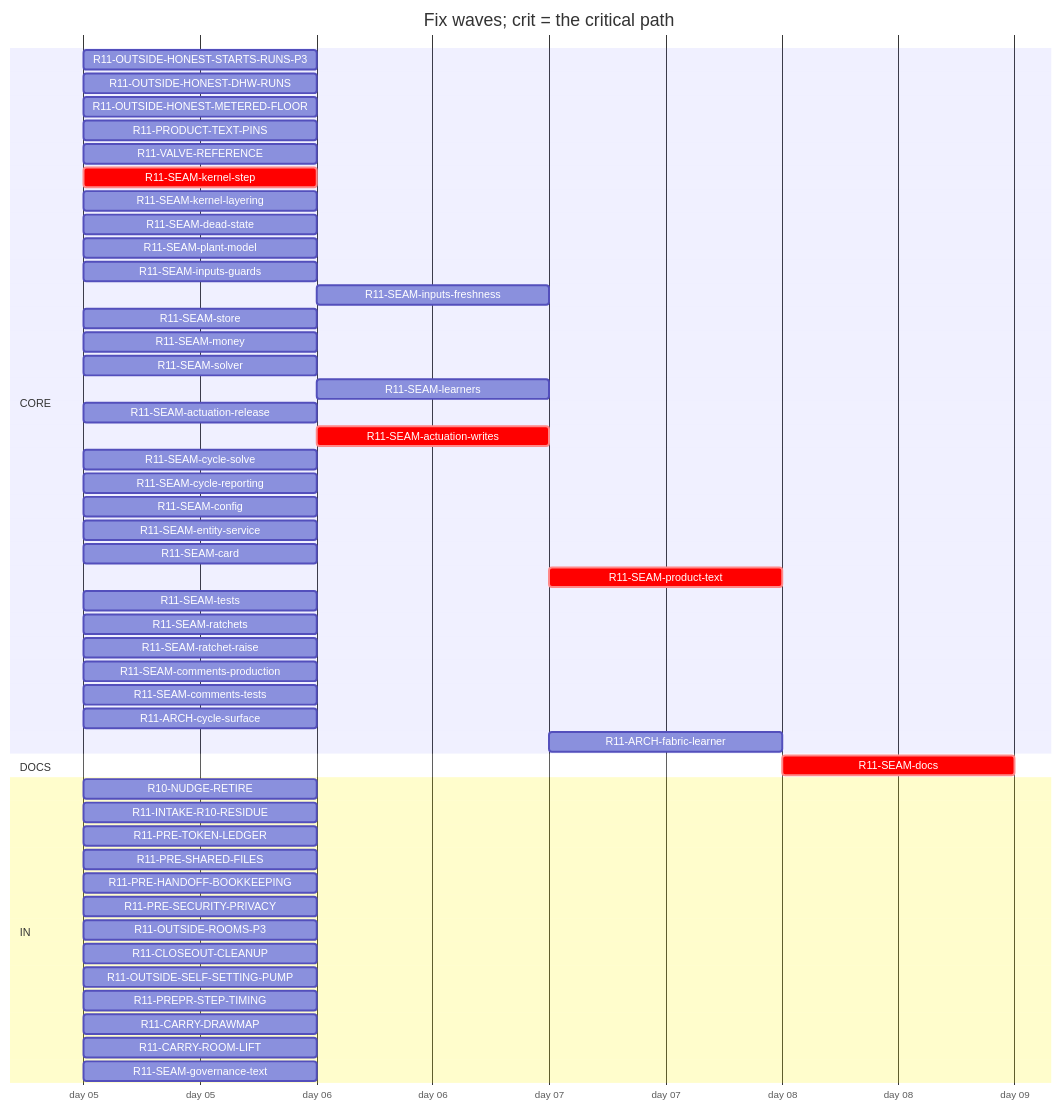
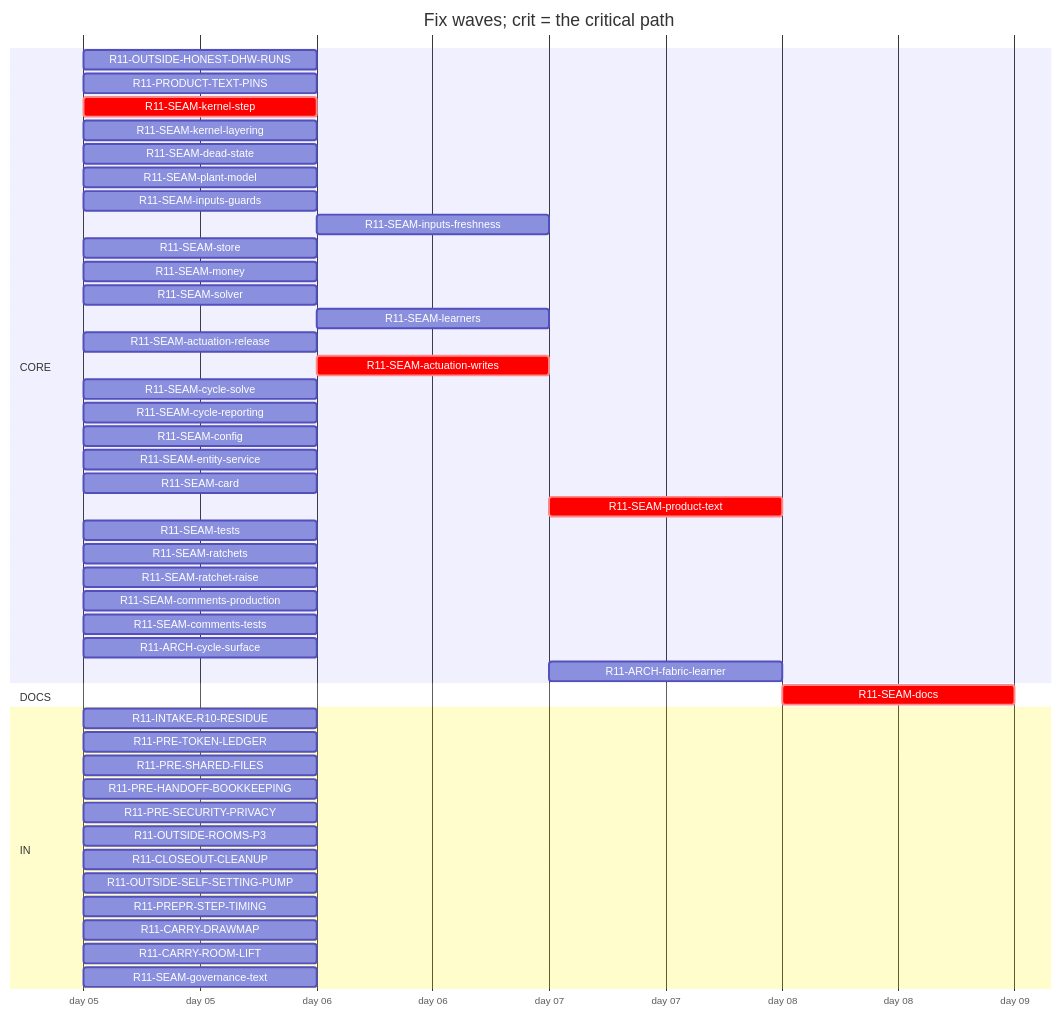
The diagram in handoff/round11/state/PLAN-TABLE.md (tvofi/heatpump_optimizer), drawn with Mermaid before and after one commit. The commit also changed other lines of this file and 4 other files, not shown here.

Commit message:
state: FLOW-BOARD.md, NEXT-SESSION-PROMPT.md, PLAN-TABLE.md, PLAN.html, RESUME-CURRENT.md regenerated (state_docs.py)

````diff
--- a/handoff/round11/state/PLAN-TABLE.md
+++ b/handoff/round11/state/PLAN-TABLE.md
@@ -16,53 +16,49 @@
 ```mermaid
 gantt
   title Fix waves; crit = the critical path
   dateFormat YYYY-MM-DD
   axisFormat day %d
   section CORE
-    R11-OUTSIDE-HONEST-STARTS-RUNS-P3 :r11OUTSIDEHONESTSTARTSRUNSP3, 2026-01-05, 1d
     R11-OUTSIDE-HONEST-DHW-RUNS :r11OUTSIDEHONESTDHWRUNS, 2026-01-05, 1d
-    R11-OUTSIDE-HONEST-METERED-FLOOR :r11OUTSIDEHONESTMETEREDFLOOR, 2026-01-05, 1d
     R11-PRODUCT-TEXT-PINS :r11PRODUCTTEXTPINS, 2026-01-05, 1d
-    R11-VALVE-REFERENCE :r11VALVEREFERENCE, 2026-01-05, 1d
     R11-SEAM-kernel-step :crit, r11SEAMkernelstep, 2026-01-05, 1d
     R11-SEAM-kernel-layering :r11SEAMkernellayering, 2026-01-05, 1d
     R11-SEAM-dead-state :r11SEAMdeadstate, 2026-01-05, 1d
     R11-SEAM-plant-model :r11SEAMplantmodel, 2026-01-05, 1d
     R11-SEAM-inputs-guards :r11SEAMinputsguards, 2026-01-05, 1d
     R11-SEAM-inputs-freshness :r11SEAMinputsfreshness, after r11SEAMkernelstep, 1d
     R11-SEAM-store :r11SEAMstore, 2026-01-05, 1d
     R11-SEAM-money :r11SEAMmoney, 2026-01-05, 1d
     R11-SEAM-solver :r11SEAMsolver, 2026-01-05, 1d
     R11-SEAM-learners :r11SEAMlearners, after r11SEAMplantmodel, 1d
     R11-SEAM-actuation-release :r11SEAMactuationrelease, 2026-01-05, 1d
     R11-SEAM-actuation-writes :crit, r11SEAMactuationwrites, after r11SEAMkernelstep r11SEAMactuationrelease, 1d
     R11-SEAM-cycle-solve :r11SEAMcyclesolve, 2026-01-05, 1d
     R11-SEAM-cycle-reporting :r11SEAMcyclereporting, 2026-01-05, 1d
     R11-SEAM-config :r11SEAMconfig, 2026-01-05, 1d
     R11-SEAM-entity-service :r11SEAMentityservice, 2026-01-05, 1d
     R11-SEAM-card :r11SEAMcard, 2026-01-05, 1d
     R11-SEAM-product-text :crit, r11SEAMproducttext, after r11SEAMplantmodel r11SEAMmoney r11SEAMactuationrelease r11SEAMactuationwrites r11SEAMconfig r11SEAMentityservice r11SEAMinputsguards r11SEAMinputsfreshness r11SEAMcyclesolve r11SEAMcyclereporting, 1d
     R11-SEAM-tests :r11SEAMtests, 2026-01-05, 1d
     R11-SEAM-ratchets :r11SEAMratchets, 2026-01-05, 1d
     R11-SEAM-ratchet-raise :r11SEAMratchetraise, 2026-01-05, 1d
     R11-SEAM-comments-production :r11SEAMcommentsproduction, 2026-01-05, 1d
     R11-SEAM-comments-tests :r11SEAMcommentstests, 2026-01-05, 1d
     R11-ARCH-cycle-surface :r11ARCHcyclesurface, 2026-01-05, 1d
     R11-ARCH-fabric-learner :r11ARCHfabriclearner, after r11SEAMlearners, 1d
   section DOCS
     R11-SEAM-docs :crit, r11SEAMdocs, after r11SEAMplantmodel r11SEAMmoney r11SEAMlearners r11SEAMactuationrelease r11SEAMactuationwrites r11SEAMconfig r11SEAMentityservice r11SEAMinputsguards r11SEAMinputsfreshness r11SEAMcyclesolve r11SEAMcyclereporting r11SEAMcard r11SEAMproducttext, 1d
   section IN
-    R10-NUDGE-RETIRE :r10NUDGERETIRE, 2026-01-05, 1d
     R11-INTAKE-R10-RESIDUE :r11INTAKER10RESIDUE, 2026-01-05, 1d
     R11-PRE-TOKEN-LEDGER :r11PRETOKENLEDGER, 2026-01-05, 1d
     R11-PRE-SHARED-FILES :r11PRESHAREDFILES, 2026-01-05, 1d
     R11-PRE-HANDOFF-BOOKKEEPING :r11PREHANDOFFBOOKKEEPING, 2026-01-05, 1d
     R11-PRE-SECURITY-PRIVACY :r11PRESECURITYPRIVACY, 2026-01-05, 1d
     R11-OUTSIDE-ROOMS-P3 :r11OUTSIDEROOMSP3, 2026-01-05, 1d
     R11-CLOSEOUT-CLEANUP :r11CLOSEOUTCLEANUP, 2026-01-05, 1d
     R11-OUTSIDE-SELF-SETTING-PUMP :r11OUTSIDESELFSETTINGPUMP, 2026-01-05, 1d
     R11-PREPR-STEP-TIMING :r11PREPRSTEPTIMING, 2026-01-05, 1d
     R11-CARRY-DRAWMAP :r11CARRYDRAWMAP, 2026-01-05, 1d
     R11-CARRY-ROOM-LIFT :r11CARRYROOMLIFT, 2026-01-05, 1d
     R11-SEAM-governance-text :r11SEAMgovernancetext, 2026-01-05, 1d
 ```
````
